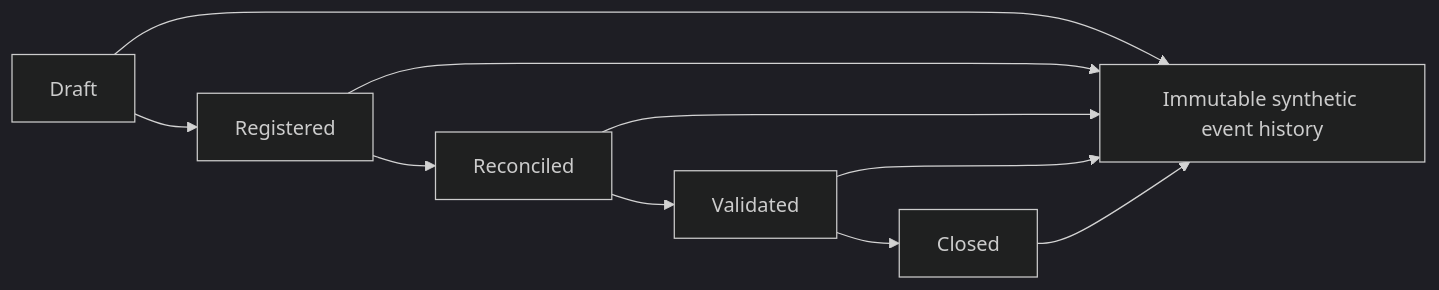
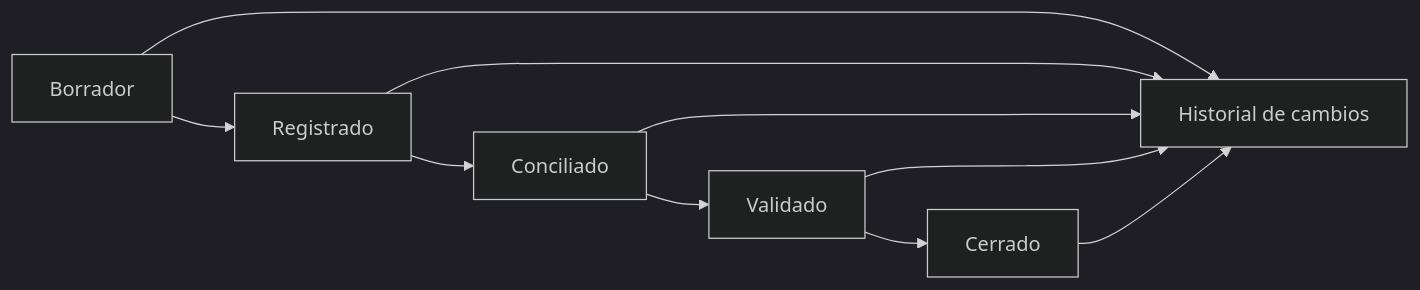
The eighth of 13 diagrams in docs/PROCESS-MAPS.md (antoniojesusdelgado/management-platform-demo), drawn with Mermaid (dark theme) before and after one commit. The commit also changed other lines of this file and 63 other files, not shown here.

````diff
--- a/docs/PROCESS-MAPS.md
+++ b/docs/PROCESS-MAPS.md
@@ -93,9 +93,9 @@
 ```mermaid
 flowchart LR
-  Draft --> Registered --> Reconciled --> Validated --> Closed
-  Draft --> History["Immutable synthetic event history"]
-  Registered --> History
-  Reconciled --> History
-  Validated --> History
-  Closed --> History
+  Borrador --> Registrado --> Conciliado --> Validado --> Cerrado
+  Borrador --> Historial["Historial de cambios"]
+  Registrado --> Historial
+  Conciliado --> Historial
+  Validado --> Historial
+  Cerrado --> Historial
 ```
````
